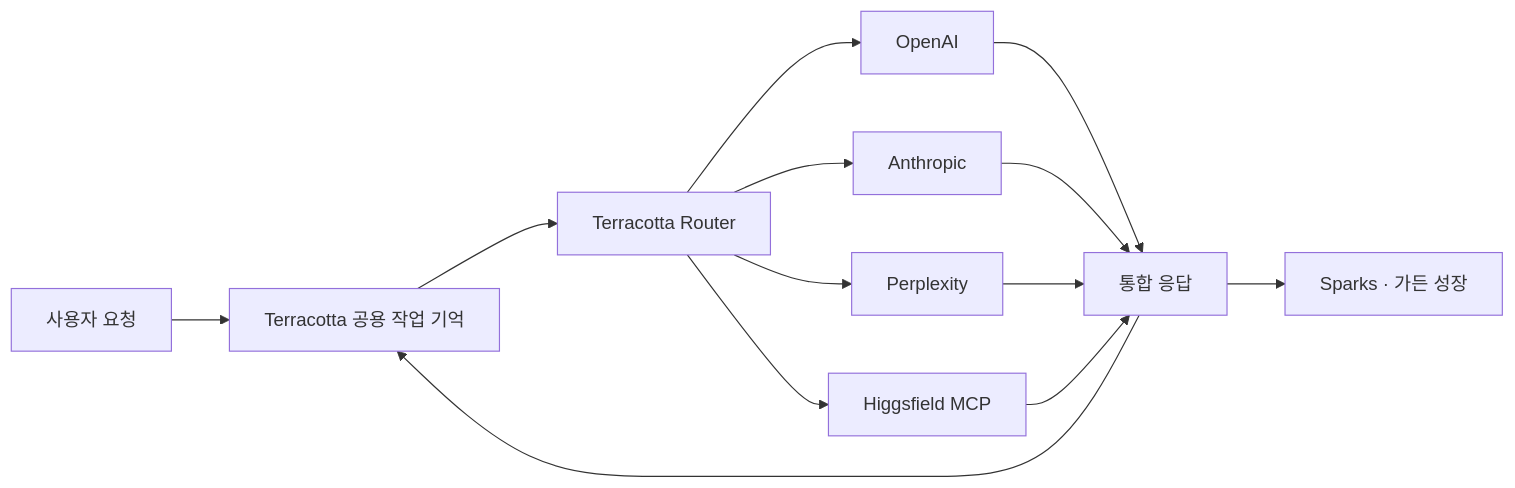
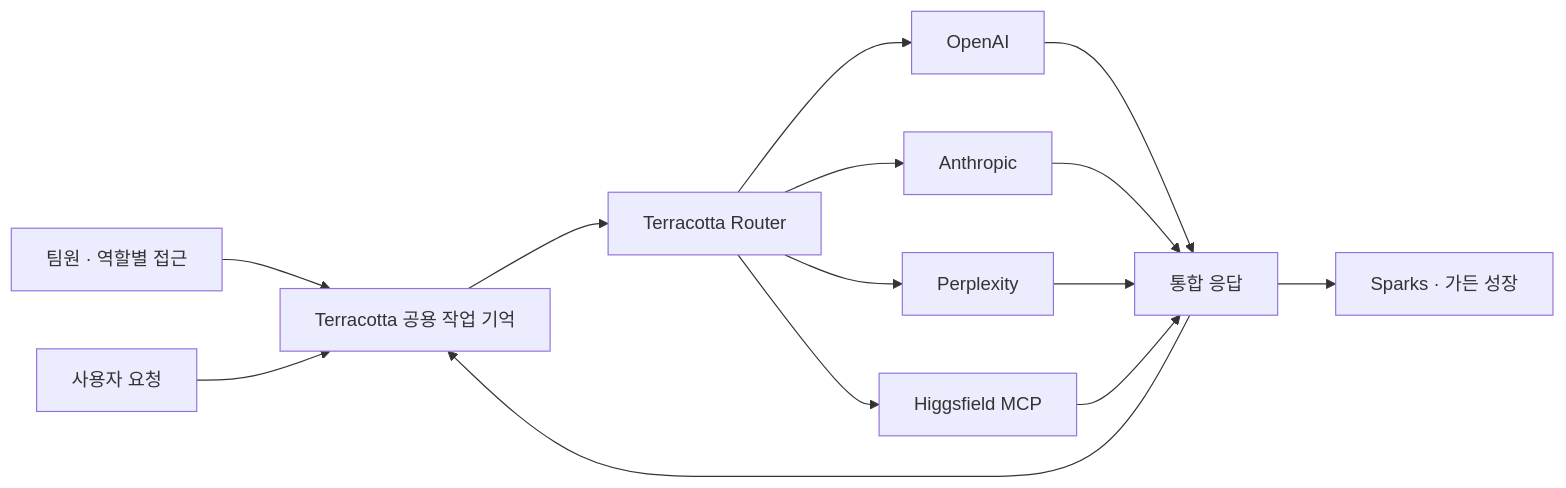
Before and after one commit to hyunaeee/terracotta: the diagram in README.md, drawn with Mermaid. The commit also changed other lines of this file and 15 other files, not shown here.

````diff
--- a/README.md
+++ b/README.md
@@ -48,15 +49,16 @@
 ```mermaid
 flowchart LR
-  U["사용자 요청"] --> M["Terracotta 공용 작업 기억"]
+  T["팀원 · 역할별 접근"] --> M["Terracotta 공용 작업 기억"]
+  U["사용자 요청"] --> M
   M --> R["Terracotta Router"]
   R --> O["OpenAI"]
   R --> A["Anthropic"]
   R --> P["Perplexity"]
   R --> H["Higgsfield MCP"]
   O --> C["통합 응답"]
   A --> C
   P --> C
   H --> C
   C --> M
   C --> S["Sparks · 가든 성장"]
 ```
````
